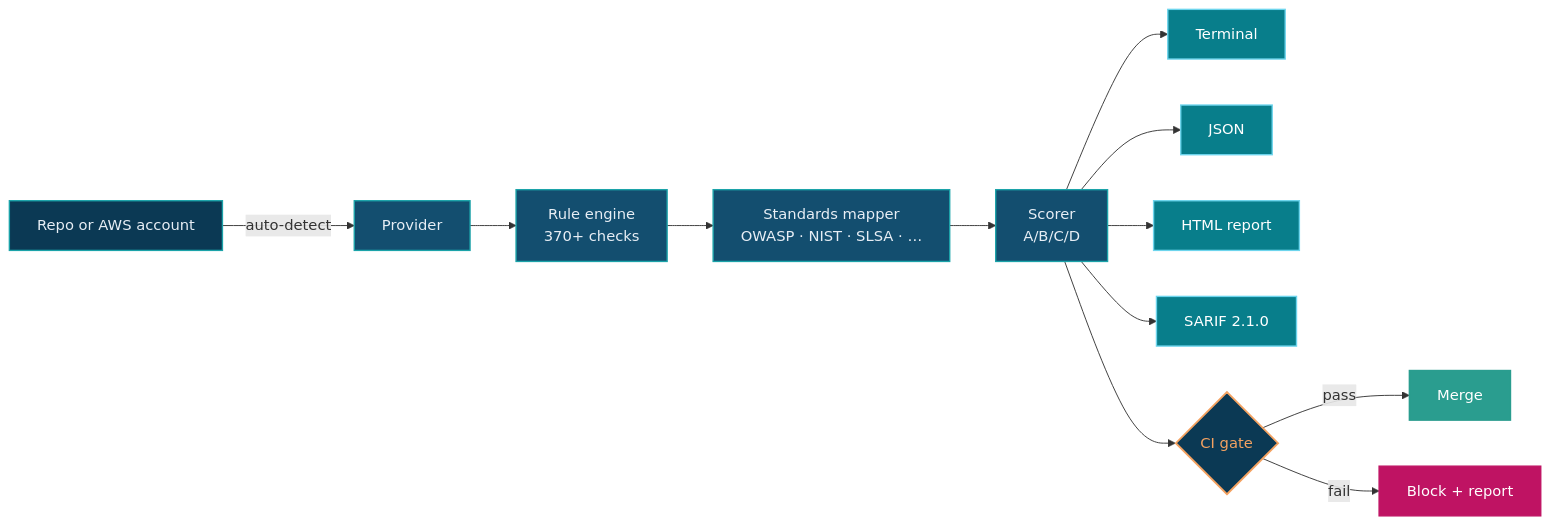
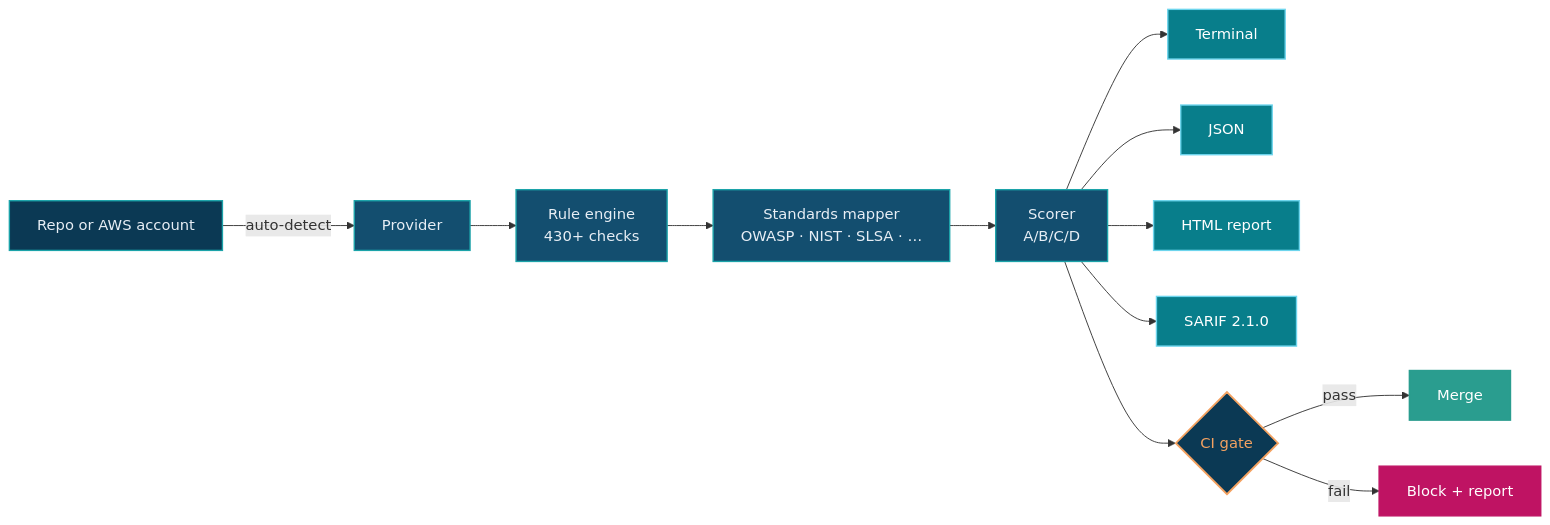
One commit to dmartinochoa/pipeline-check changed the diagram in docs/index.md. Above: the diagram before and after it, drawn with Mermaid. The commit also changed other lines of this file and 109 other files, not shown here.

````diff
--- a/docs/index.md
+++ b/docs/index.md
@@ -170,41 +171,41 @@
 ```mermaid
 flowchart LR
     A[Repo or AWS account] -->|auto-detect| B[Provider]
-    B --> C[Rule engine<br/>370+ checks]
+    B --> C[Rule engine<br/>430+ checks]
     C --> D[Standards mapper<br/>OWASP · NIST · SLSA · …]
     D --> E[Scorer<br/>A/B/C/D]
     E --> F1[Terminal]
     E --> F2[JSON]
     E --> F3[HTML report]
     E --> F4[SARIF 2.1.0]
     E --> G{CI gate}
     G -->|pass| H[Merge]
     G -->|fail| I[Block + report]
 
     click A "usage/" "Repo on disk or live AWS account — no API tokens, no SaaS"
     click B "providers/" "Auto-detected from cwd; override with --pipeline NAME"
-    click C "attack_chains/" "370+ rules emit findings with severity, location, fix"
+    click C "attack_chains/" "430+ rules emit findings with severity, location, fix"
     click D "standards/" "Findings mapped to OWASP, NIST SSDF, SLSA, CIS, …"
     click E "scoring_model/" "Severity-weighted 0–100 score with an A/B/C/D grade"
     click F1 "output/#terminal" "Rich color table for humans"
     click F2 "output/#json" "Machine-parseable JSON for scripts"
     click F3 "output/#html" "HTML report with client-side filters"
     click F4 "output/#sarif" "SARIF 2.1.0 for GitHub code scanning, Defender for DevOps"
     click G "ci_gate/" "Severity caps, baseline diff, ignore file — pass/fail contract"
     click H "ci_gate/" "Severity below thresholds, exit 0"
     click I "ci_gate/" "Severity above threshold; non-zero exit + report (--fix patches the subset that has a fixer)"
 
     classDef src      fill:#0b3954,stroke:#1ba3a9,stroke-width:1.5px,color:#e7eef5;
     classDef step     fill:#134e6f,stroke:#1ba3a9,stroke-width:1.5px,color:#e7eef5;
     classDef out      fill:#087e8b,stroke:#6dd5ed,stroke-width:1.5px,color:#fff;
     classDef gate     fill:#0b3954,stroke:#f4a261,stroke-width:2px,color:#f4a261;
     classDef pass     fill:#2a9d8f,stroke:#2a9d8f,stroke-width:1.5px,color:#fff;
     classDef fail     fill:#bf1363,stroke:#bf1363,stroke-width:1.5px,color:#fff;
 
     class A src;
     class B,C,D,E step;
     class F1,F2,F3,F4 out;
     class G gate;
     class H pass;
     class I fail;
 ```
````
